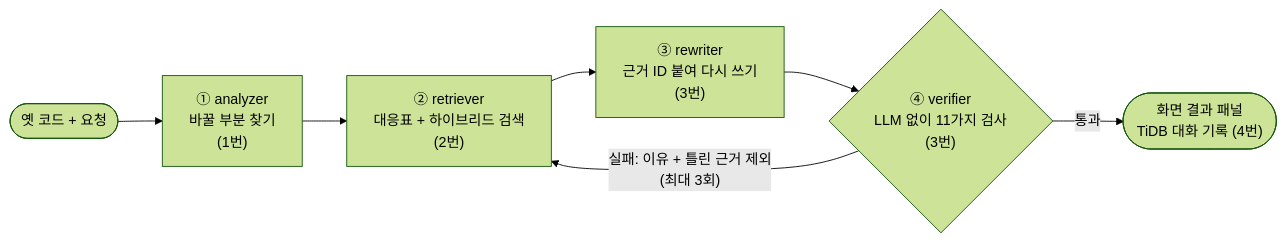
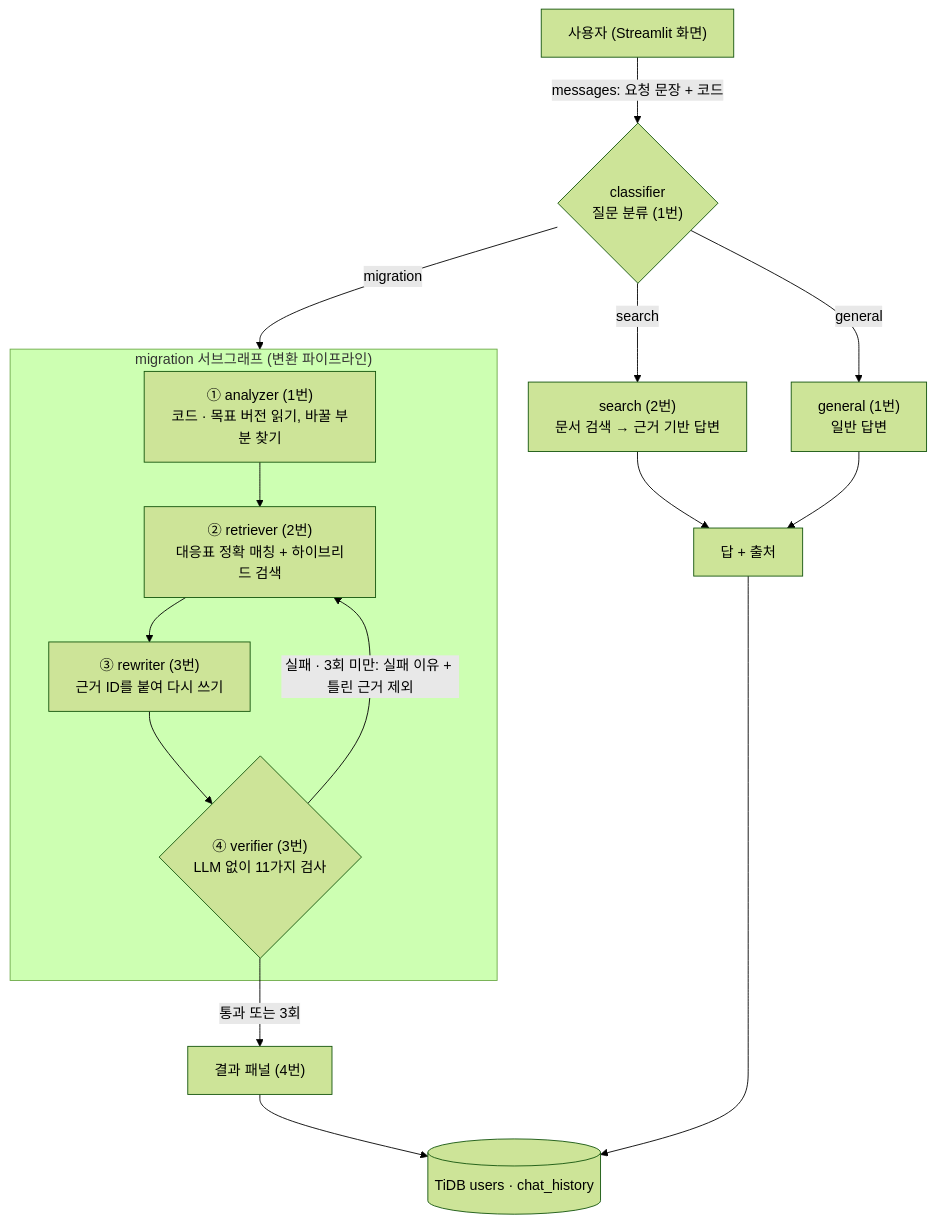
The first of 3 diagrams in README.md (SKNETWORKS-FAMILY-AICAMP/SKN35-3rd-4Team), drawn with Mermaid (forest theme) before and after one commit. The commit also changed other lines of this file and 1 other file, not shown here.

````diff
--- a/README.md
+++ b/README.md
@@ -79,9 +81,18 @@
 ```mermaid
-flowchart LR
-    Q(["옛 코드 + 요청"]) --> A["① analyzer<br/>바꿀 부분 찾기<br/>(1번)"]
-    A --> R["② retriever<br/>대응표 + 하이브리드 검색<br/>(2번)"]
-    R --> W["③ rewriter<br/>근거 ID 붙여 다시 쓰기<br/>(3번)"]
-    W --> V{"④ verifier<br/>LLM 없이 11가지 검사<br/>(3번)"}
-    V -- 통과 --> UI(["화면 결과 패널<br/>TiDB 대화 기록 (4번)"])
-    V -- "실패: 이유 + 틀린 근거 제외<br/>(최대 3회)" --> R
+flowchart TB
+    U["사용자 (Streamlit 화면)"] -->|"messages: 요청 문장 + 코드"| C{"classifier<br/>질문 분류 (1번)"}
+    C -->|migration| M
+    C -->|search| S["search (2번)<br/>문서 검색 → 근거 기반 답변"]
+    C -->|general| G["general (1번)<br/>일반 답변"]
+    subgraph M["migration 서브그래프 (변환 파이프라인)"]
+        A["① analyzer (1번)<br/>코드 · 목표 버전 읽기, 바꿀 부분 찾기"] --> R["② retriever (2번)<br/>대응표 정확 매칭 + 하이브리드 검색"]
+        R --> W["③ rewriter (3번)<br/>근거 ID를 붙여 다시 쓰기"]
+        W --> V{"④ verifier (3번)<br/>LLM 없이 11가지 검사"}
+        V -->|"실패 · 3회 미만: 실패 이유 + 틀린 근거 제외"| R
+    end
+    V -->|"통과 또는 3회"| OUT["결과 패널 (4번)"]
+    S --> OUT2["답 + 출처"]
+    G --> OUT2
+    OUT --> DB[("TiDB users · chat_history")]
+    OUT2 --> DB
 ```
````
